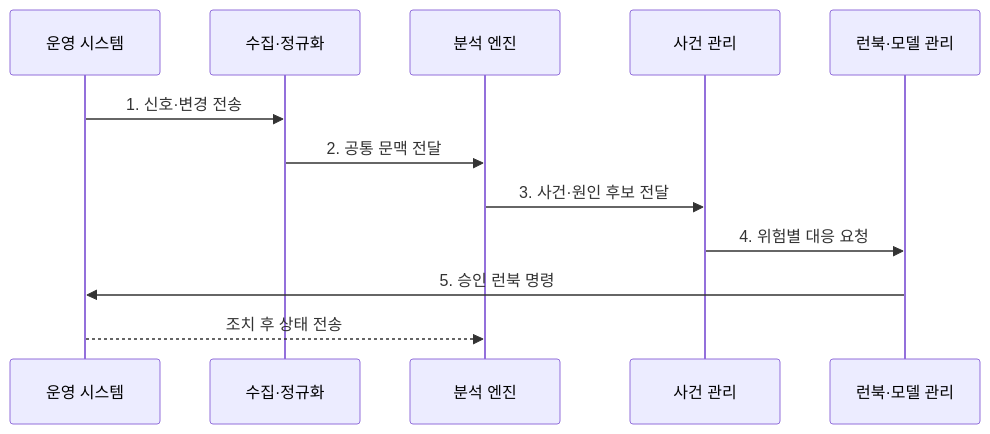
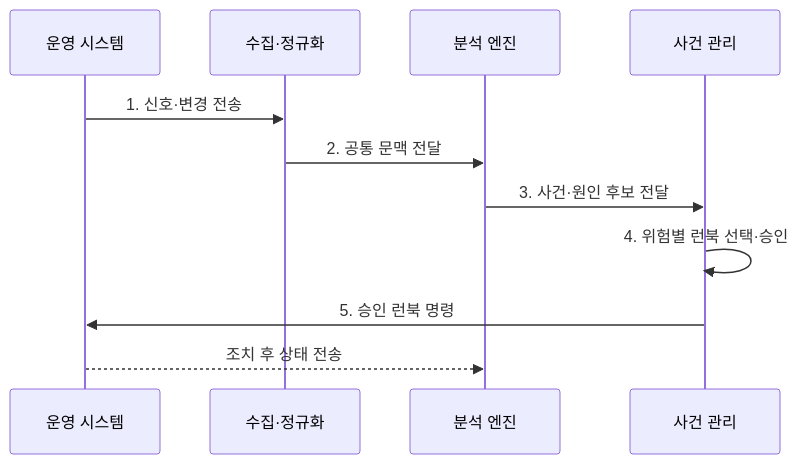
The second of 2 diagrams in src/content/docs/notes/03-software/167_aiops.md (agnusdei1207/knowledge-base), drawn with Mermaid before and after one commit. The commit also changed 8 other files, not shown here.

Commit message:
Simplify service operation diagrams

````diff
--- a/src/content/docs/notes/03-software/167_aiops.md
+++ b/src/content/docs/notes/03-software/167_aiops.md
@@ -98,14 +98,13 @@
 ```mermaid
 sequenceDiagram
     participant O as 운영 시스템
     participant I as 수집·정규화
     participant A as 분석 엔진
     participant M as 사건 관리
-    participant R as 런북·모델 관리
     O->>I: 1. 신호·변경 전송
     I->>A: 2. 공통 문맥 전달
     A->>M: 3. 사건·원인 후보 전달
-    M->>R: 4. 위험별 대응 요청
-    R->>O: 5. 승인 런북 명령
+    M->>M: 4. 위험별 런북 선택·승인
+    M->>O: 5. 승인 런북 명령
     O-->>A: 조치 후 상태 전송
 ```
````
